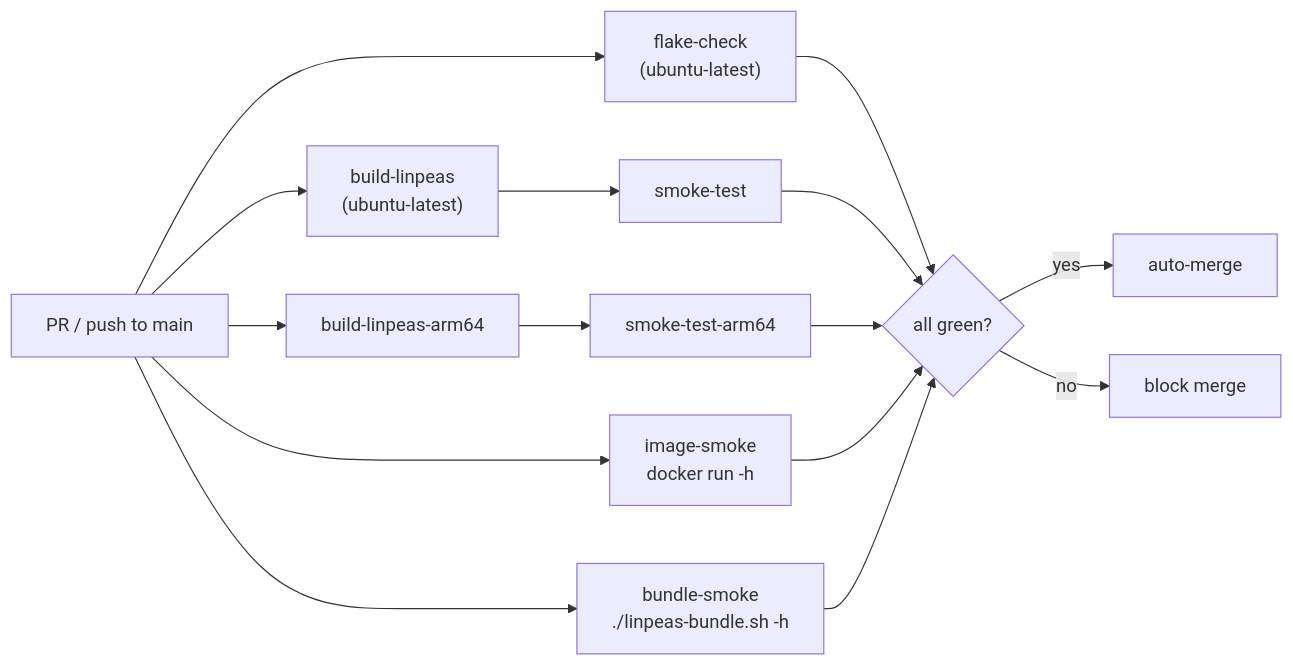
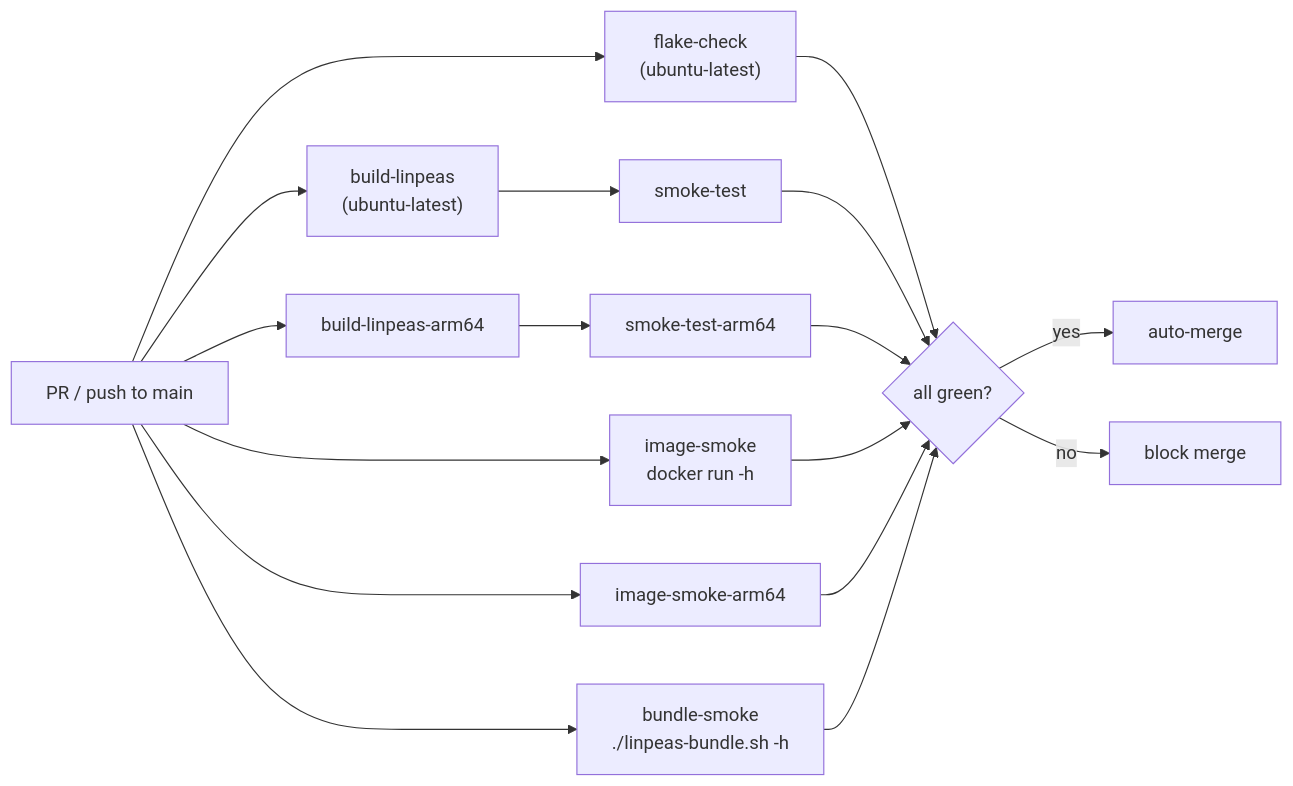
The first of 2 diagrams in docs/architecture/ci.md (rvenutolo/linPEAS-flake), drawn with Mermaid before and after one commit. The commit also changed other lines of this file and 3 other files, not shown here.

````diff
--- a/docs/architecture/ci.md
+++ b/docs/architecture/ci.md
@@ -7,27 +7,30 @@
 ```mermaid
 flowchart LR
   pr["PR / push to main"]
   flakecheck["flake-check<br/>(ubuntu-latest)"]
   build["build-linpeas<br/>(ubuntu-latest)"]
   smoke["smoke-test"]
   buildarm["build-linpeas-arm64"]
   smokearm["smoke-test-arm64"]
   image["image-smoke<br/>docker run -h"]
+  imagearm["image-smoke-arm64"]
   bundle["bundle-smoke<br/>./linpeas-bundle.sh -h"]
   merge{"all green?"}
   ok["auto-merge"]
   block["block merge"]
 
   pr --> flakecheck
   pr --> build --> smoke
   pr --> buildarm --> smokearm
   pr --> image
+  pr --> imagearm
   pr --> bundle
   flakecheck --> merge
   smoke --> merge
   smokearm --> merge
   image --> merge
+  imagearm --> merge
   bundle --> merge
   merge -- yes --> ok
   merge -- no --> block
 ```
````
